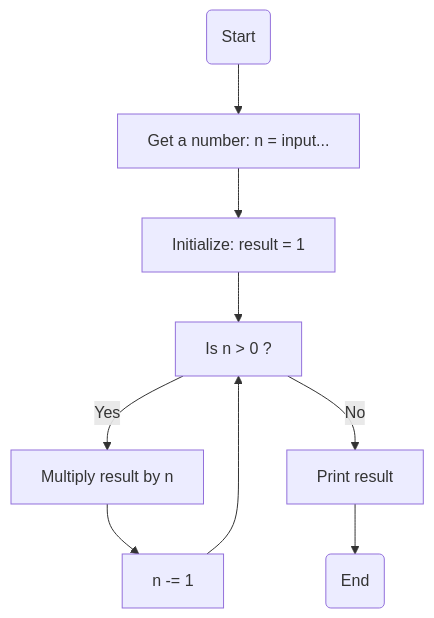
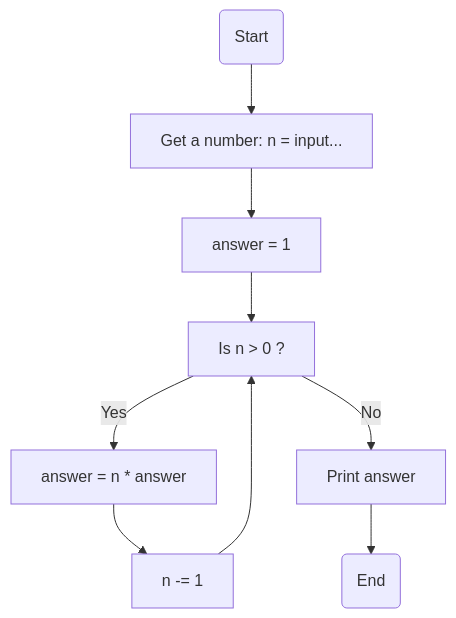
The diagram in exercises/exercise-3-1.md (hayyaun/kids), drawn with Mermaid before and after one commit. The commit also changed other lines of this file and 2 other files, not shown here.

````diff
--- a/exercises/exercise-3-1.md
+++ b/exercises/exercise-3-1.md
@@ -15,11 +17,11 @@
 ```mermaid
 flowchart TD
     A(Start) --> B[Get a number: n = input...]
-    B --> C[Initialize: result = 1]
+    B --> C[answer = 1]
     C --> D[Is n > 0 ?]
-    D -- Yes --> E[Multiply result by n]
+    D -- Yes --> E[answer = n * answer]
     E --> F[n -= 1]
     F --> D
-    D -- No --> G[Print result]
+    D -- No --> G[Print answer]
     G --> H(End)
 ```
````
